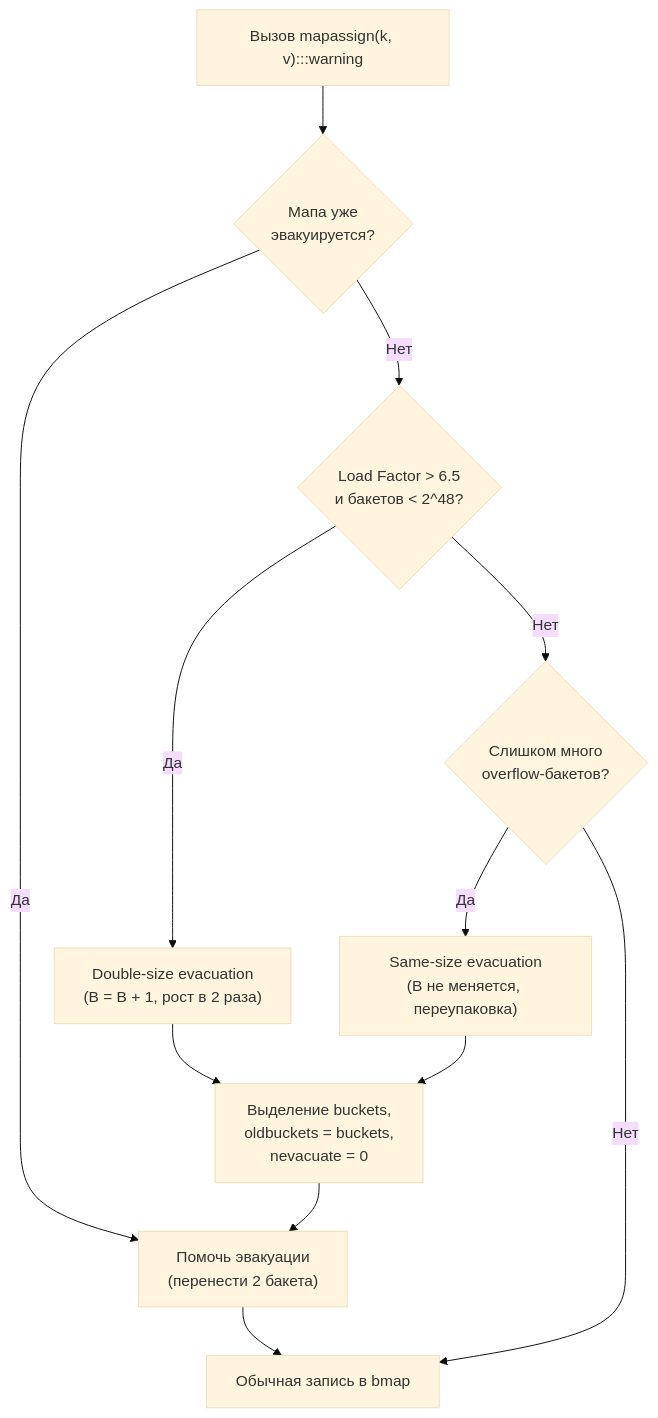
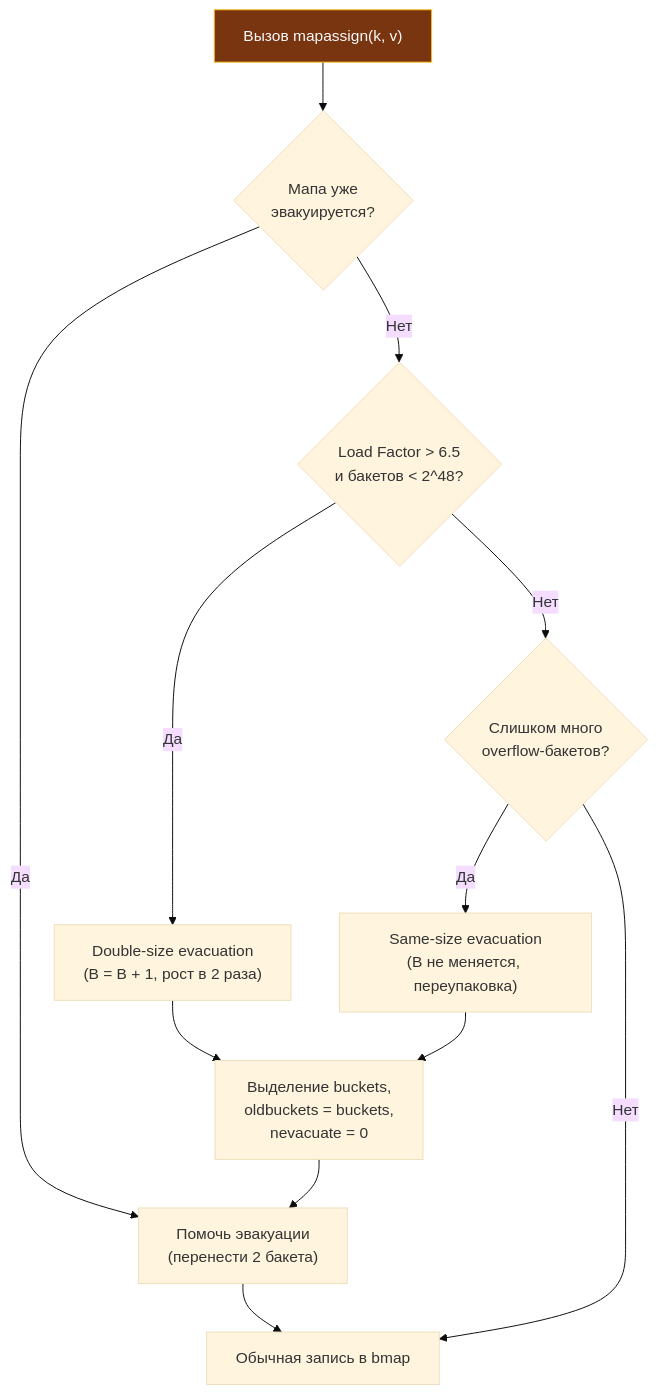
Before and after one commit to UnrealTemplier/go-textbook-ru: the first of 3 diagrams in sources/7. Глубокий Go (Внутреннее устройство)/32. Рост и эвакуация map.md, drawn with Mermaid (base theme). The commit also changed 166 other files, not shown here.

First line of the commit message:
fix(mermaid): move :::class out of quoted node labels

````diff
--- a/sources/7. Глубокий Go (Внутреннее устройство)/32. Рост и эвакуация map.md
+++ b/sources/7. Глубокий Go (Внутреннее устройство)/32. Рост и эвакуация map.md
@@ -18,27 +18,27 @@
 ```mermaid
 flowchart TD
     classDef process  fill:#1e293b,stroke:#38bdf8,stroke-width:1px,color:#f8fafc
     classDef success  fill:#064e3b,stroke:#34d399,stroke-width:1px,color:#f8fafc
     classDef error    fill:#7f1d1d,stroke:#f87171,stroke-width:1px,color:#f8fafc
     classDef warning  fill:#78350f,stroke:#fbbf24,stroke-width:1px,color:#f8fafc
     classDef entry    fill:#1e3a5f,stroke:#38bdf8,stroke-width:2px,color:#f8fafc
     classDef aux      fill:#334155,stroke:#64748b,stroke-width:1px,color:#f8fafc
     classDef system   fill:#312e81,stroke:#a78bfa,stroke-width:1px,color:#f8fafc
     classDef data     fill:#132d29,stroke:#2dd4bf,stroke-width:1px,color:#f8fafc
     classDef network  fill:#881337,stroke:#fb7185,stroke-width:1px,color:#f8fafc
     classDef accent   fill:#1e1b4b,stroke:#818cf8,stroke-width:1px,color:#f8fafc
-    Assign["Вызов mapassign(k, v):::warning"] --> CheckEvac{"Мапа уже<br>эвакуируется?"}
+    Assign["Вызов mapassign(k, v)"]:::warning --> CheckEvac{"Мапа уже<br>эвакуируется?"}
     CheckEvac -- "Да" --> DoStep["Помочь эвакуации<br>(перенести 2 бакета)"]
     CheckEvac -- "Нет" --> CheckLF{"Load Factor > 6.5<br>и бакетов < 2^48?"}
     
     CheckLF -- "Да" --> TriggerDouble["Double-size evacuation<br>(B = B + 1, рост в 2 раза)"]
     CheckLF -- "Нет" --> CheckOF{"Слишком много<br>overflow-бакетов?"}
     
     CheckOF -- "Да" --> TriggerSame["Same-size evacuation<br>(B не меняется, переупаковка)"]
     CheckOF -- "Нет" --> NormalWrite["Обычная запись в bmap"]
     
     TriggerDouble --> StartEvac["Выделение buckets,<br>oldbuckets = buckets,<br>nevacuate = 0"]
     TriggerSame --> StartEvac
     DoStep --> NormalWrite
     StartEvac --> DoStep
 ```
````
